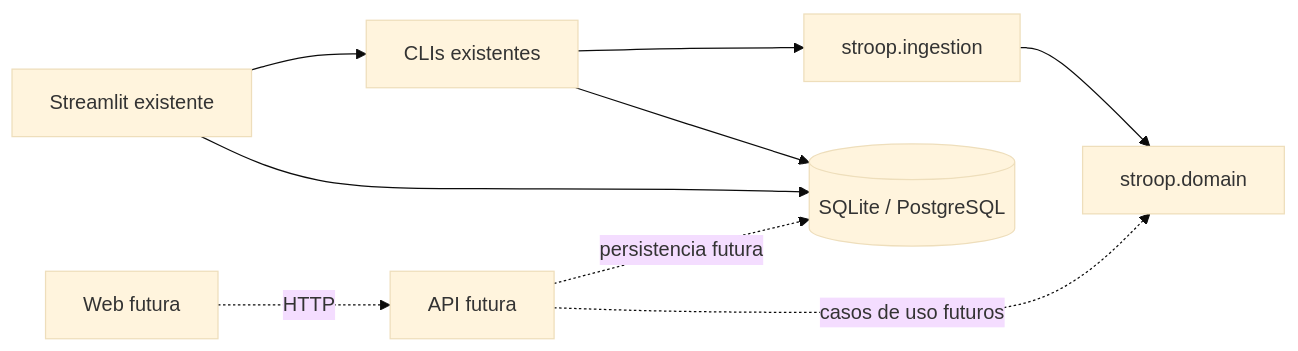
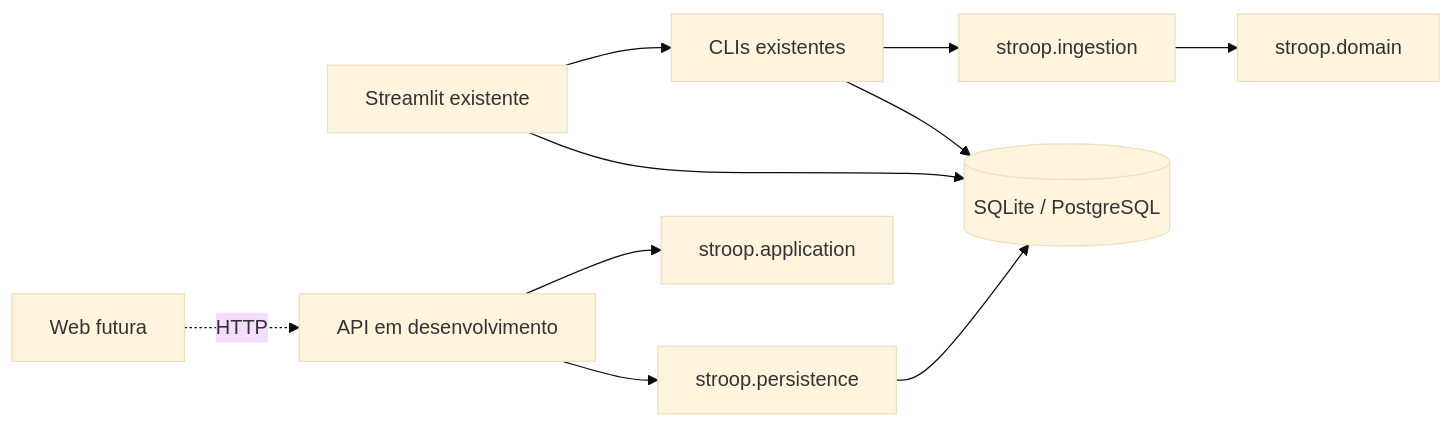
Before and after one commit to thiagorraposo/stroop-go-nogo-psychopy: the diagram in docs/arquitetura/ADR-001-evolucao-web.md, drawn with Mermaid (base theme). The commit also changed other lines of this file and 15 other files, not shown here.

````diff
--- a/docs/arquitetura/ADR-001-evolucao-web.md
+++ b/docs/arquitetura/ADR-001-evolucao-web.md
@@ -41,11 +43,12 @@
 ```mermaid
 flowchart LR
     cli[CLIs existentes] --> ingestion[stroop.ingestion]
     ingestion --> domain[stroop.domain]
     cli --> db[(SQLite / PostgreSQL)]
     dashboard[Streamlit existente] --> cli
     dashboard --> db
-    web[Web futura] -. HTTP .-> api[API futura]
-    api -. casos de uso futuros .-> domain
-    api -. persistencia futura .-> db
+    web[Web futura] -. HTTP .-> api[API em desenvolvimento]
+    api --> cases[stroop.application]
+    api --> persistence[stroop.persistence]
+    persistence --> db
 ```
````
